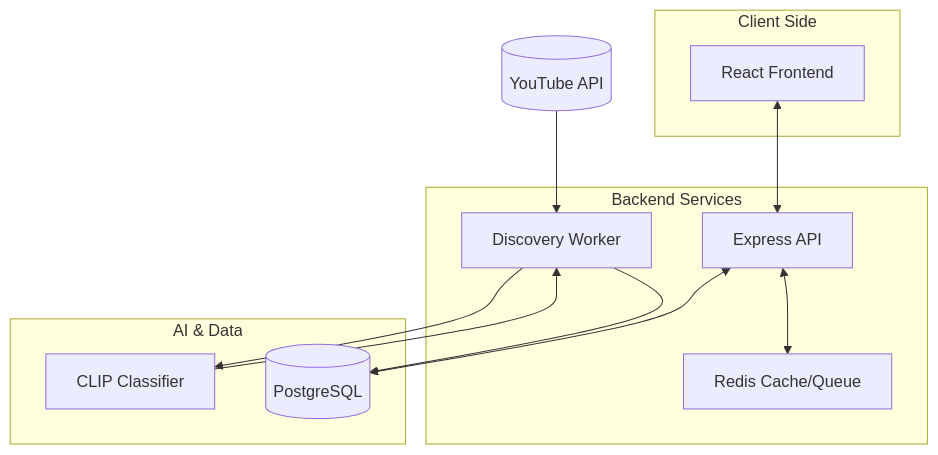
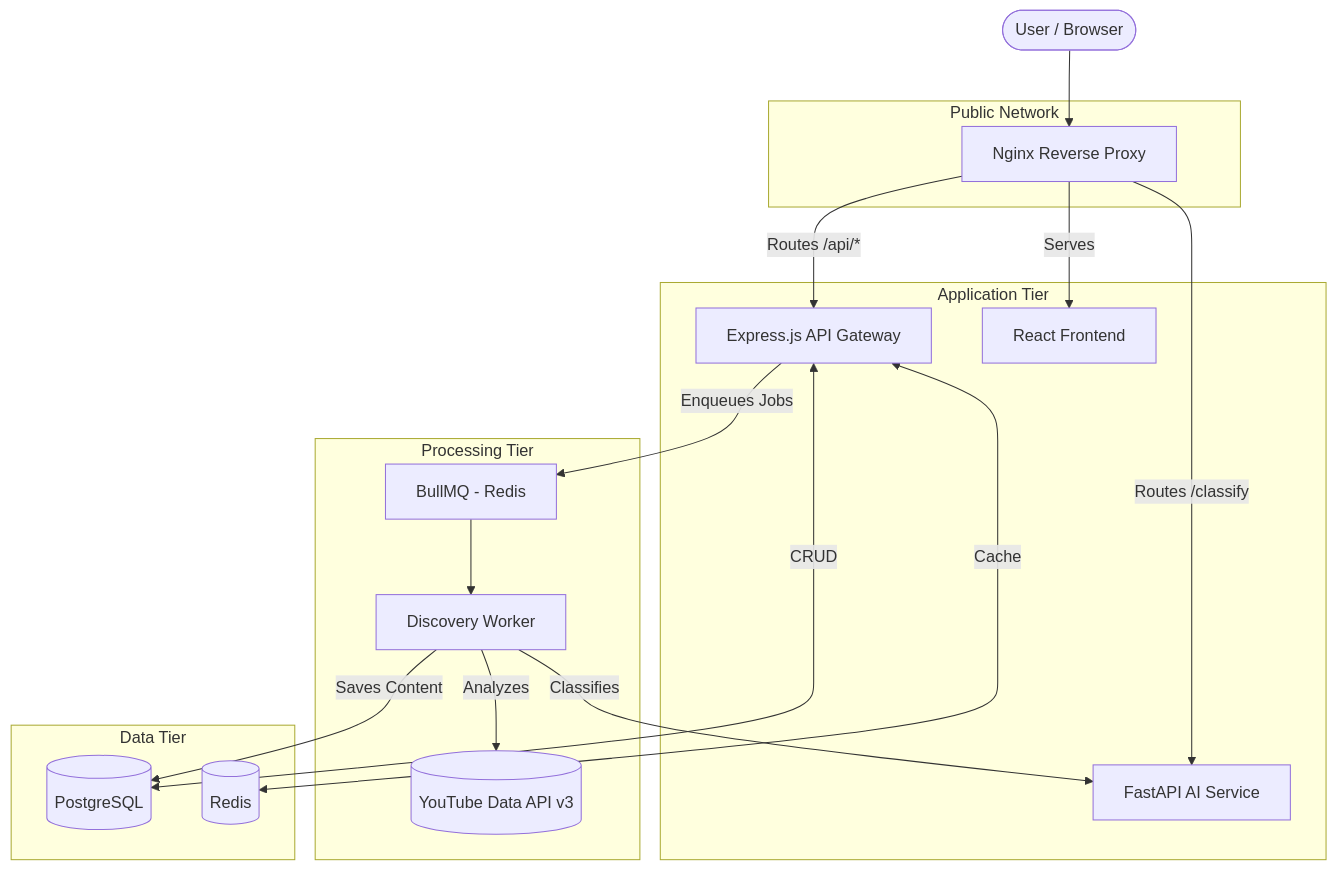
One commit to Venni16/Advanced-Video-Aggregation-Platform changed the first of 2 diagrams in README.md. Above: the diagram before and after it, drawn with Mermaid. The commit also changed other lines of this file, not shown here.

Commit message:
docs: update architecture overview with detailed system diagrams and component descriptions

````diff
--- a/README.md
+++ b/README.md
@@ -59,25 +61,27 @@
 ```mermaid
 graph TD
-    subgraph "Client Side"
-        FE[React Frontend]
+    User([User / Browser]) --> Nginx[Nginx Reverse Proxy]
+    
+    subgraph "Public Network"
+        Nginx
     end
 
-    subgraph "Backend Services"
-        BE[Express API]
-        W[Discovery Worker]
-        R[Redis Cache/Queue]
+    subgraph "Application Tier"
+        Nginx -->|Routes /api/*| Express[Express.js API Gateway]
+        Nginx -->|Routes /classify| FastAPI[FastAPI AI Service]
+        Nginx -->|Serves| SPA[React Frontend]
     end
 
-    subgraph "AI & Data"
-        AI[CLIP Classifier]
-        DB[(PostgreSQL)]
+    subgraph "Processing Tier"
+        Express -->|Enqueues Jobs| BullMQ[BullMQ - Redis]
+        BullMQ --> Worker[Discovery Worker]
+        Worker -->|Analyzes| YouTube[(YouTube Data API v3)]
+        Worker -->|Classifies| FastAPI
     end
 
-    YT[(YouTube API)] --> W
-    W --> AI
-    AI --> W
-    W --> DB
-    FE <--> BE
-    BE <--> DB
-    BE <--> R
+    subgraph "Data Tier"
+        Express <-->|CRUD| PG[(PostgreSQL)]
+        Worker -->|Saves Content| PG
+        Express <-->|Cache| Redis[(Redis)]
+    end
 ```
````
